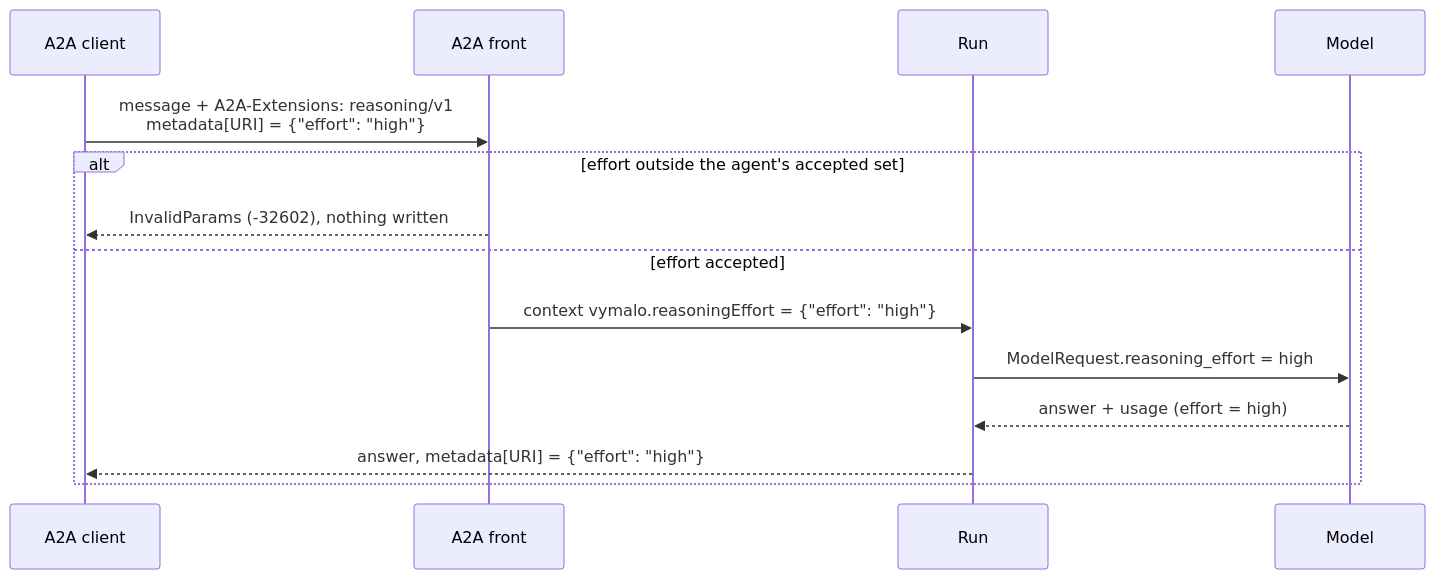
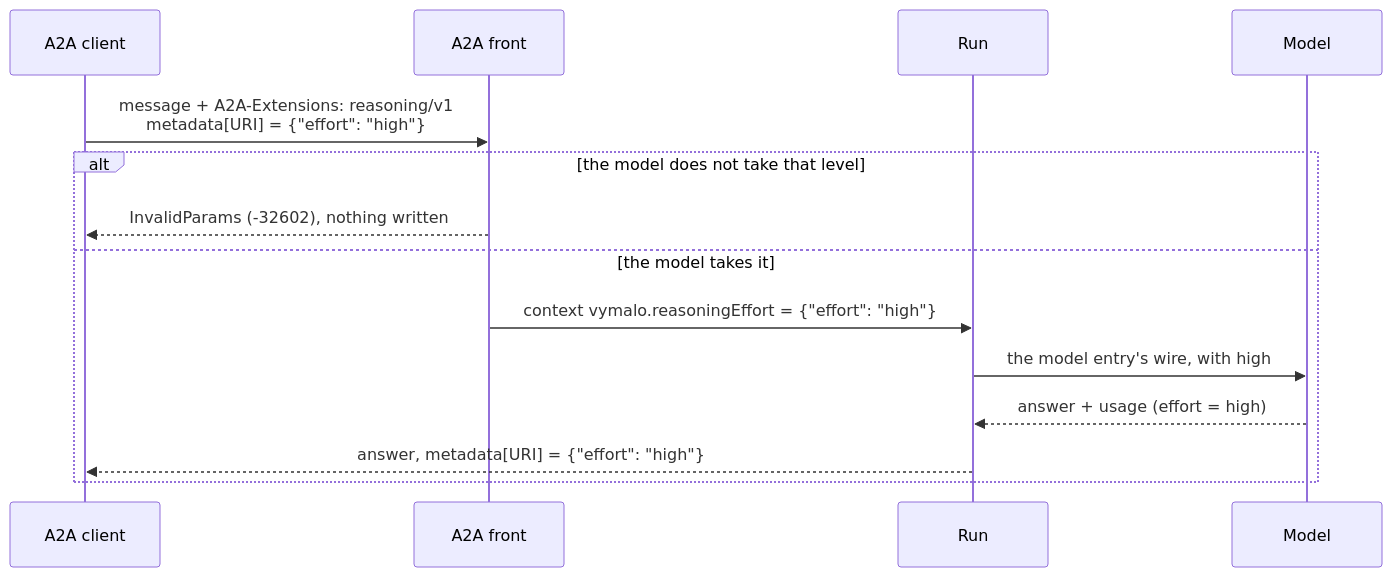
The second of 2 diagrams in docs/decisions/0063-a-reasoning-effort-is-one-setting.md (vymalo/another-adam-rs), drawn with Mermaid before and after one commit. The commit also changed other lines of this file and 2 other files, not shown here.

Commit message:
docs(decisions): the setting is per model, with no default (ADR 0063, owner ruling)

````diff
--- a/docs/decisions/0063-a-reasoning-effort-is-one-setting.md
+++ b/docs/decisions/0063-a-reasoning-effort-is-one-setting.md
@@ -139,16 +149,16 @@
 ```mermaid
 sequenceDiagram
     participant C as A2A client
     participant F as A2A front
     participant R as Run
     participant M as Model
     C->>F: message + A2A-Extensions: reasoning/v1<br/>metadata[URI] = {"effort": "high"}
-    alt effort outside the agent's accepted set
+    alt the model does not take that level
         F-->>C: InvalidParams (-32602), nothing written
-    else effort accepted
+    else the model takes it
         F->>R: context vymalo.reasoningEffort = {"effort": "high"}
-        R->>M: ModelRequest.reasoning_effort = high
+        R->>M: the model entry's wire, with high
         M-->>R: answer + usage (effort = high)
         R-->>C: answer, metadata[URI] = {"effort": "high"}
     end
 ```
````
